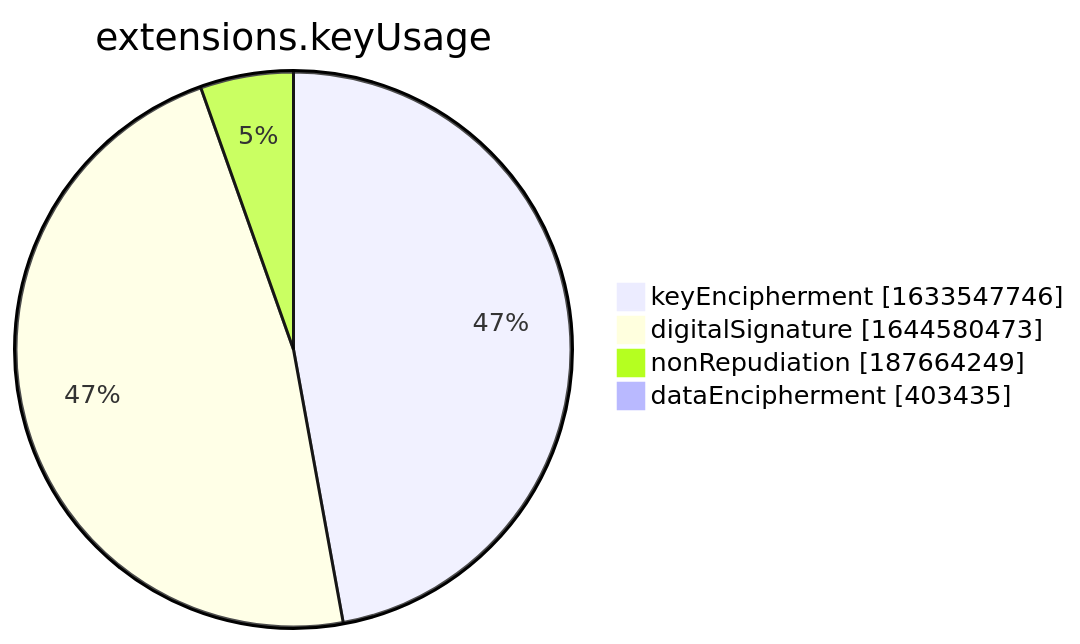
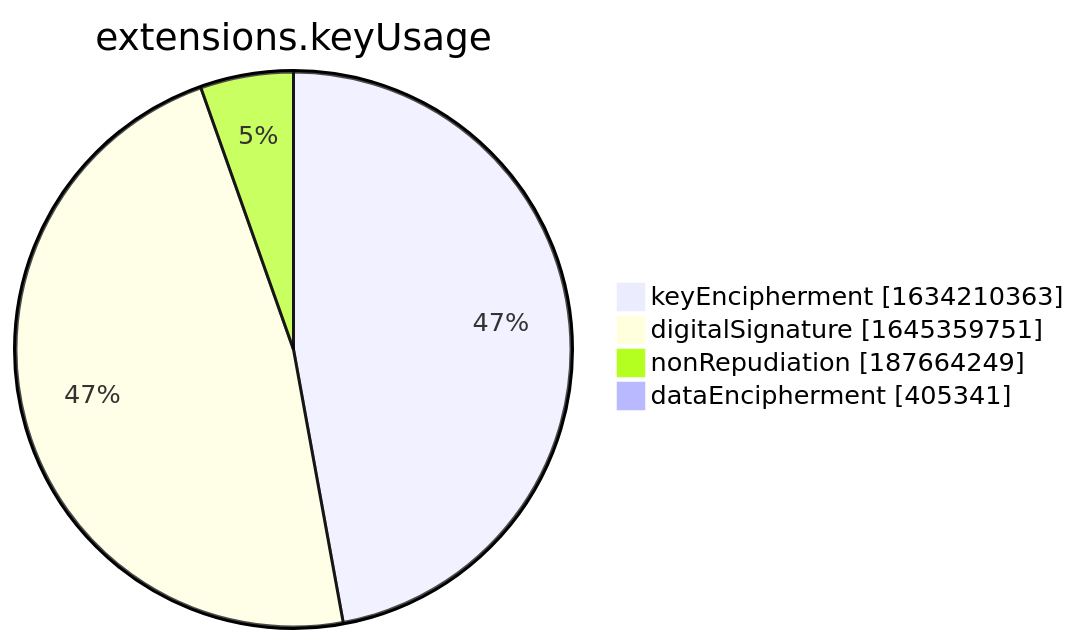
One commit to christiankrug/ctmonitor_visualization changed the seventh of 15 diagrams in xenon2022/README.md. Above: the diagram before and after it, drawn with Mermaid. The commit also changed other lines of this file, not shown here.

````diff
--- a/xenon2022/README.md
+++ b/xenon2022/README.md
@@ -2855,8 +2855,8 @@
 ```mermaid
 pie showData
 title extensions.keyUsage
-"keyEncipherment" :1633547746
-"digitalSignature" :1644580473
+"keyEncipherment" :1634210363
+"digitalSignature" :1645359751
 "nonRepudiation" :187664249
-"dataEncipherment" :403435
+"dataEncipherment" :405341
 ```
````
